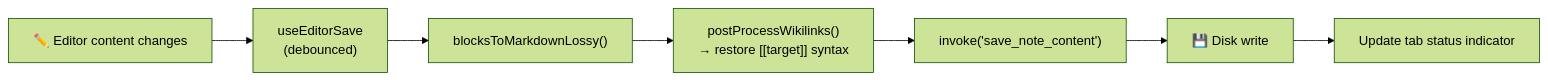
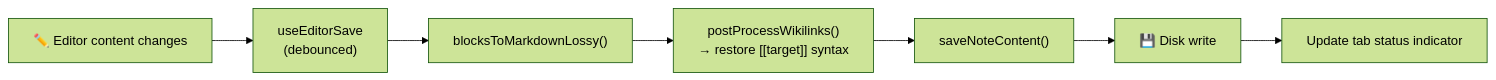
The fifth of 7 diagrams in docs/ARCHITECTURE.md (kohz87/Artemis), drawn with Mermaid (forest theme) before and after one commit. The commit also changed other lines of this file and 362 other files, not shown here.

````diff
--- a/docs/ARCHITECTURE.md
+++ b/docs/ARCHITECTURE.md
@@ -404,9 +376,9 @@
 ```mermaid
 flowchart LR
     A["✏️ Editor content changes"] --> B["useEditorSave\n(debounced)"]
     B --> C["blocksToMarkdownLossy()"]
     C --> D["postProcessWikilinks()\n→ restore [[target]] syntax"]
-    D --> E["invoke('save_note_content')"]
+    D --> E["saveNoteContent()"]
     E --> F["💾 Disk write"]
     F --> G["Update tab status indicator"]
 ```
````
